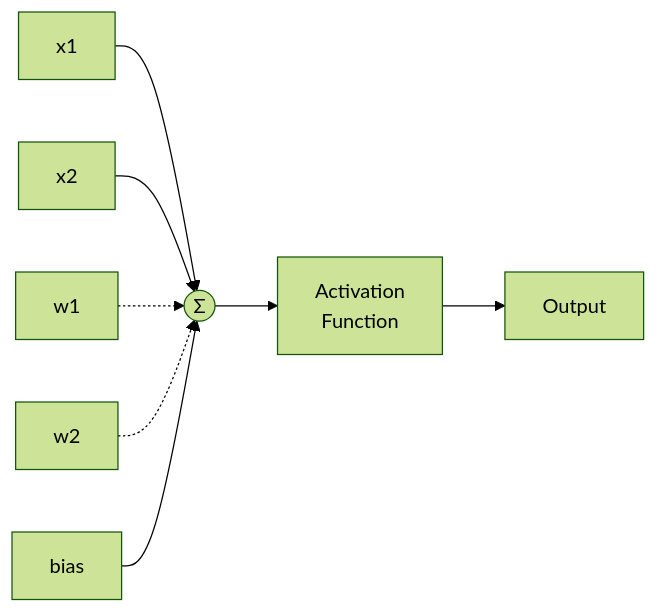
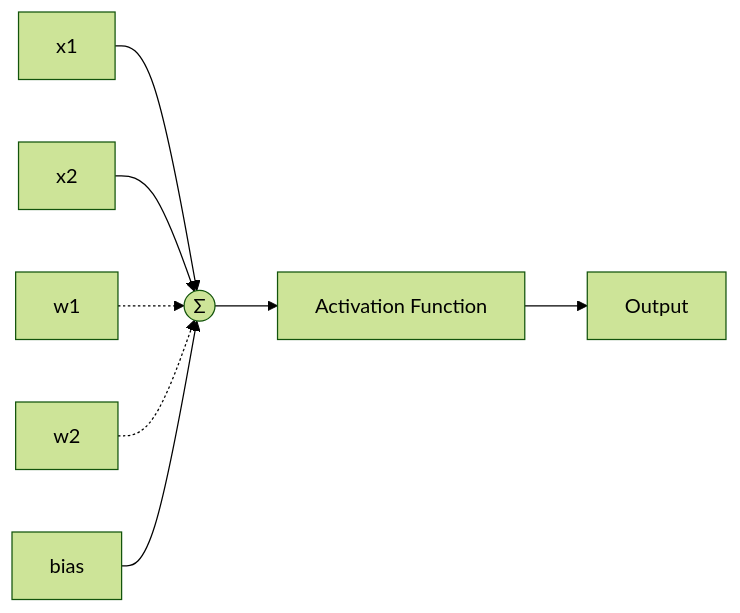
Before and after one commit to santhu3003/learning: the second of 4 diagrams in AI/deep_learning_overview.md, drawn with Mermaid (forest theme). The commit also changed other lines of this file, not shown here.

````diff
--- a/AI/deep_learning_overview.md
+++ b/AI/deep_learning_overview.md
@@ -75,10 +75,10 @@
 ```mermaid
 flowchart LR
-    X1[x1] --> SUM
+    X1[x1] --> SUM((Σ))
     X2[x2] --> SUM
     W1[w1] -.-> SUM
     W2[w2] -.-> SUM
     B[bias] --> SUM
-    SUM((Σ)) --> ACT[Activation<br>Function]
+    SUM --> ACT[Activation Function]
     ACT --> OUT[Output]
 ```
````
